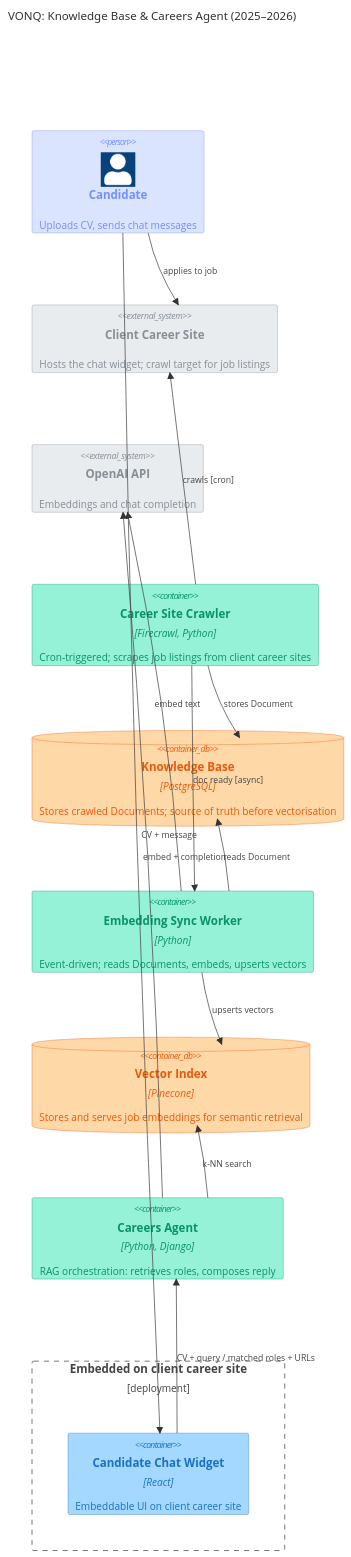
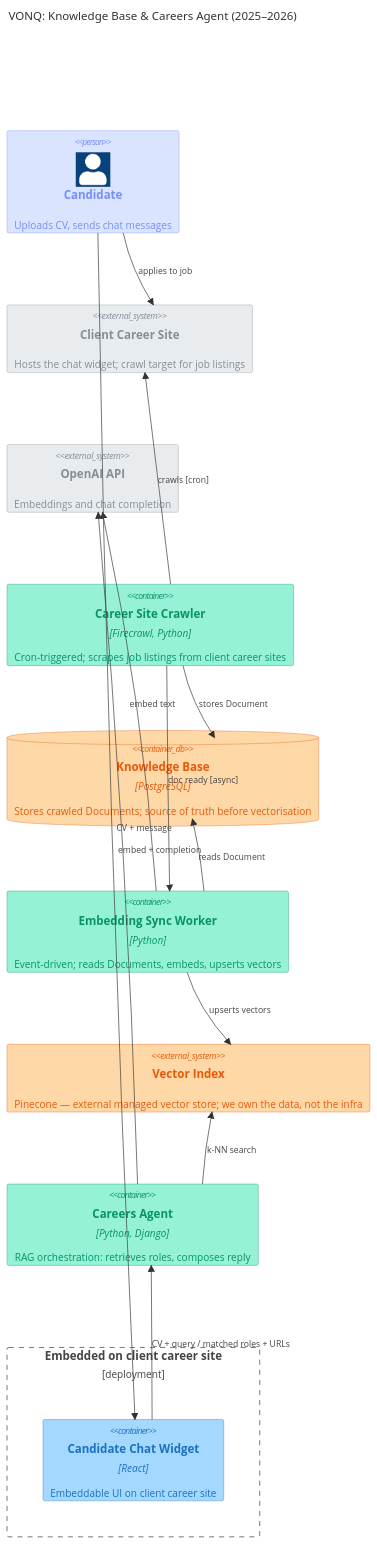
Before and after one commit to cmin764/portfolio: the diagram in src/diagrams/vonq-knowledge-base.md, drawn with Mermaid. The commit also changed other lines of this file and 2 other files, not shown here.

Commit message:
Fix missing System_Ext gray overrides and Pinecone primitive in Mermaid diagrams

````diff
--- a/src/diagrams/vonq-knowledge-base.md
+++ b/src/diagrams/vonq-knowledge-base.md
@@ -30,43 +31,43 @@
 ```mermaid
 C4Container
   title VONQ: Knowledge Base & Careers Agent (2025–2026)
 
   UpdateLayoutConfig($c4ShapeInRow="3", $c4BoundaryInRow="1")
 
   Person(candidate, "Candidate", "Uploads CV, sends chat messages")
 
   System_Ext(clientSite, "Client Career Site", "Hosts the chat widget; crawl target for job listings")
   System_Ext(openai, "OpenAI API", "Embeddings and chat completion")
 
   Container(crawler, "Career Site Crawler", "Firecrawl, Python", "Cron-triggered; scrapes job listings from client career sites")
   ContainerDb(kb, "Knowledge Base", "PostgreSQL", "Stores crawled Documents; source of truth before vectorisation")
   Container(syncer, "Embedding Sync Worker", "Python", "Event-driven; reads Documents, embeds, upserts vectors")
-  ContainerDb(pinecone, "Vector Index", "Pinecone", "Stores and serves job embeddings for semantic retrieval")
+  System_Ext(pinecone, "Vector Index", "Pinecone — external managed vector store; we own the data, not the infra")
   Container(agent, "Careers Agent", "Python, Django", "RAG orchestration: retrieves roles, composes reply")
   Boundary(clientEmbed, "Embedded on client career site", "deployment") {
     Container(widget, "Candidate Chat Widget", "React", "Embeddable UI on client career site")
   }
 
   Rel(crawler, clientSite, "crawls [cron]")
   Rel(crawler, kb, "stores Document")
   Rel(crawler, syncer, "doc ready [async]")
   Rel(syncer, kb, "reads Document")
   Rel(syncer, openai, "embed text")
   Rel(syncer, pinecone, "upserts vectors")
 
   Rel(candidate, widget, "CV + message")
   Rel(widget, agent, "CV + query / matched roles + URLs")
   Rel(agent, openai, "embed + completion")
   Rel(agent, pinecone, "k-NN search")
   Rel(candidate, clientSite, "applies to job")
 
   UpdateElementStyle(candidate, $fontColor="#748ffc", $bgColor="#dbe4ff", $borderColor="#748ffc")
   UpdateElementStyle(widget, $fontColor="#1971c2", $bgColor="#a5d8ff", $borderColor="#1971c2")
   UpdateElementStyle(crawler, $fontColor="#099268", $bgColor="#96f2d7", $borderColor="#099268")
   UpdateElementStyle(syncer, $fontColor="#099268", $bgColor="#96f2d7", $borderColor="#099268")
   UpdateElementStyle(agent, $fontColor="#099268", $bgColor="#96f2d7", $borderColor="#099268")
   UpdateElementStyle(kb, $fontColor="#e8590c", $bgColor="#ffd8a8", $borderColor="#e8590c")
   UpdateElementStyle(pinecone, $fontColor="#e8590c", $bgColor="#ffd8a8", $borderColor="#e8590c")
   UpdateElementStyle(clientSite, $bgColor="#e9ecef", $borderColor="#868e96", $fontColor="#868e96")
   UpdateElementStyle(openai, $bgColor="#e9ecef", $borderColor="#868e96", $fontColor="#868e96")
 ```
````
